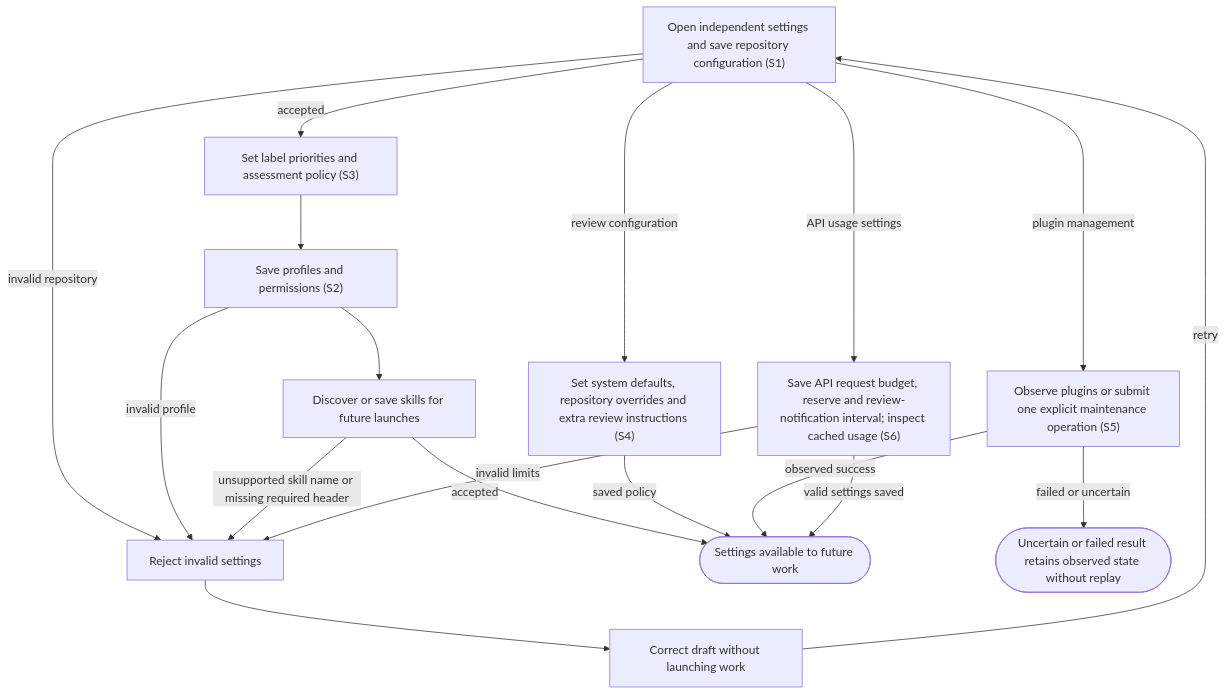
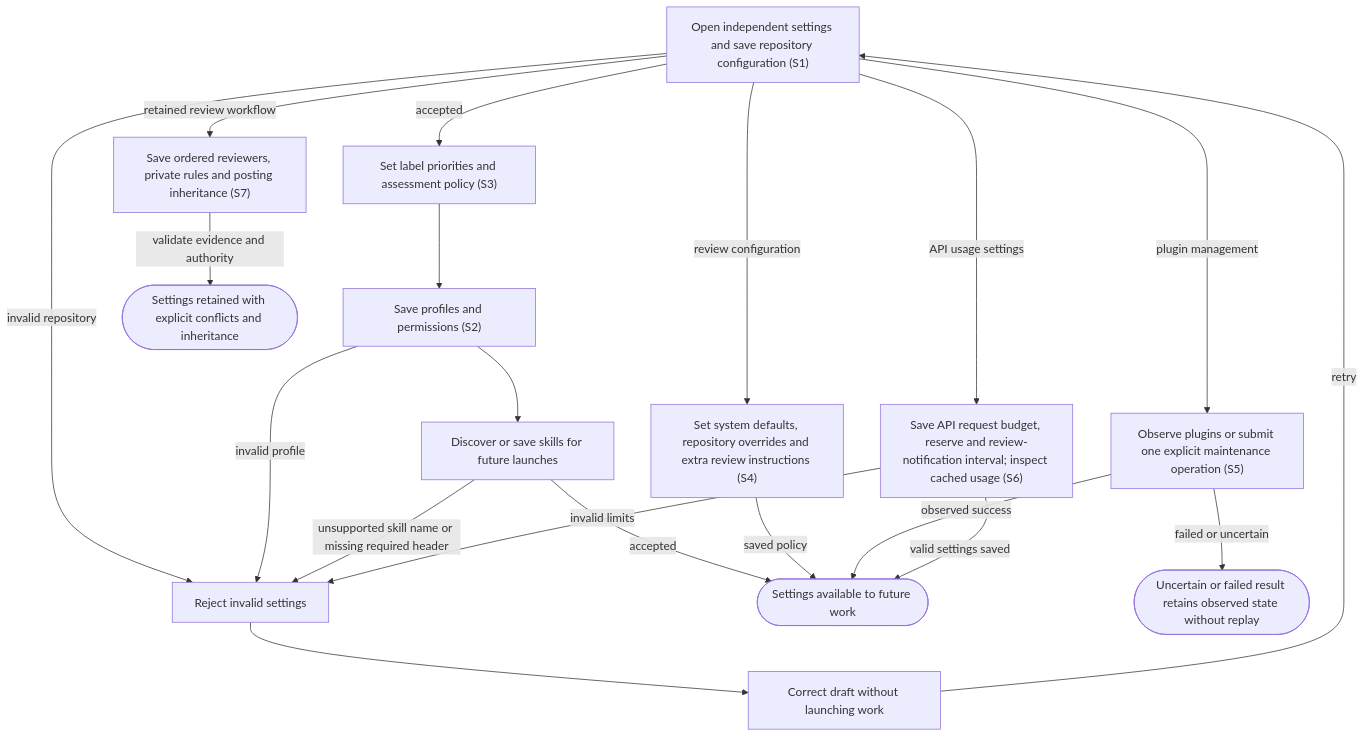
One commit to dk-code-factory/code-factory-plugin changed the diagram in docs/user-flows/configure-work.md. Above: the diagram before and after it, drawn with Mermaid. The commit also changed other lines of this file and 98 other files, not shown here.

First line of the commit message:
Move PR review and publication into retained workflows

````diff
--- a/docs/user-flows/configure-work.md
+++ b/docs/user-flows/configure-work.md
@@ -42,31 +44,35 @@
 ```mermaid
 flowchart TD
     N0["Open independent settings and save repository configuration #40;S1#41;"]
     N1["Set label priorities and assessment policy #40;S3#41;"]
     N2["Save profiles and permissions #40;S2#41;"]
     N3["Discover or save skills for future launches"]
     N4["Reject invalid settings"]
     N5["Correct draft without launching work"]
     N6(["Settings available to future work"])
     N7["Set system defaults, repository overrides and extra review instructions #40;S4#41;"]
     N8["Observe plugins or submit one explicit maintenance operation #40;S5#41;"]
     N9(["Uncertain or failed result retains observed state without replay"])
     N10["Save API request budget, reserve and review-notification interval#59; inspect cached usage #40;S6#41;"]
+    N11["Save ordered reviewers, private rules and posting inheritance #40;S7#41;"]
+    N12(["Settings retained with explicit conflicts and inheritance"])
     N0 -->|"accepted"| N1
     N1 --> N2
     N2 --> N3
     N0 -->|"invalid repository"| N4
     N2 -->|"invalid profile"| N4
     N3 -->|"unsupported skill name or missing required header"| N4
     N4 --> N5
     N5 -->|"retry"| N0
     N3 -->|"accepted"| N6
     N0 -->|"review configuration"| N7
     N7 -->|"saved policy"| N6
     N0 -->|"plugin management"| N8
     N8 -->|"observed success"| N6
     N8 -->|"failed or uncertain"| N9
     N0 -->|"API usage settings"| N10
     N10 -->|"valid settings saved"| N6
     N10 -->|"invalid limits"| N4
+    N0 -->|"retained review workflow"| N11
+    N11 -->|"validate evidence and authority"| N12
 ```
````
